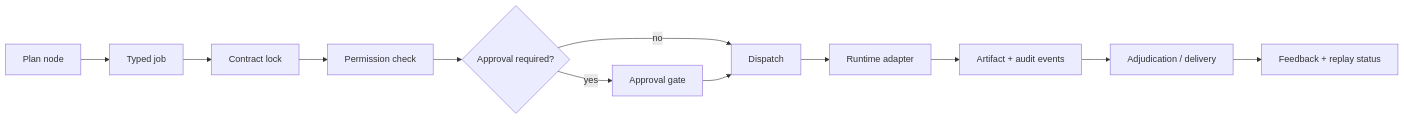
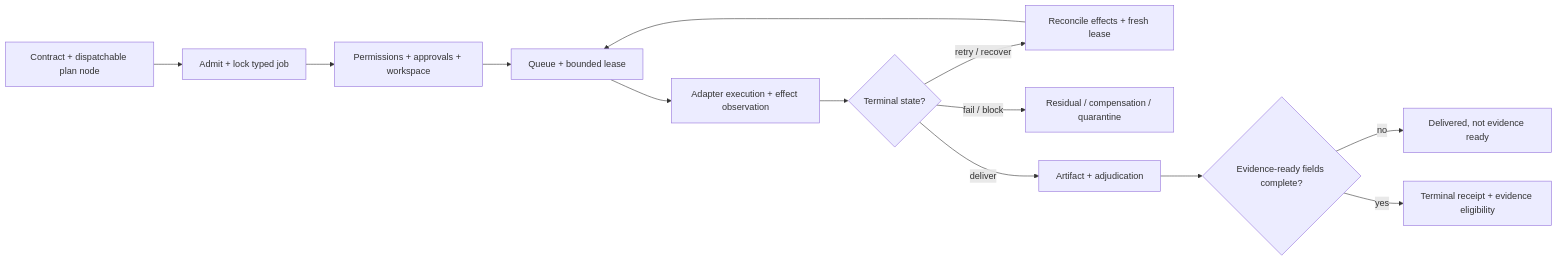
One commit to corbensorenson/asi-stack-book changed the diagram in chapters/labor-os-and-typed-jobs.qmd. Above: the diagram before and after it, drawn with Mermaid. The commit also changed other lines of this file and 723 other files, not shown here.

````diff
--- a/chapters/labor-os-and-typed-jobs.qmd
+++ b/chapters/labor-os-and-typed-jobs.qmd
@@ -117,14 +210,15 @@
 ```{mermaid}
 flowchart LR
-  A["Plan node"] --> B["Typed job"]
-  B --> C["Contract lock"]
-  C --> D["Permission check"]
-  D --> E{"Approval required?"}
-  E -- "yes" --> F["Approval gate"]
-  E -- "no" --> G["Dispatch"]
-  F --> G
-  G --> H["Runtime adapter"]
-  H --> I["Artifact + audit events"]
-  I --> J["Adjudication / delivery"]
-  J --> K["Feedback + replay status"]
+  A["Contract + dispatchable plan node"] --> B["Admit + lock typed job"]
+  B --> C["Permissions + approvals + workspace"]
+  C --> D["Queue + bounded lease"]
+  D --> E["Adapter execution + effect observation"]
+  E --> F{"Terminal state?"}
+  F -- "retry / recover" --> G["Reconcile effects + fresh lease"]
+  G --> D
+  F -- "fail / block" --> H["Residual / compensation / quarantine"]
+  F -- "deliver" --> I["Artifact + adjudication"]
+  I --> J{"Evidence-ready fields complete?"}
+  J -- "no" --> K["Delivered, not evidence ready"]
+  J -- "yes" --> L["Terminal receipt + evidence eligibility"]
 ```
````
